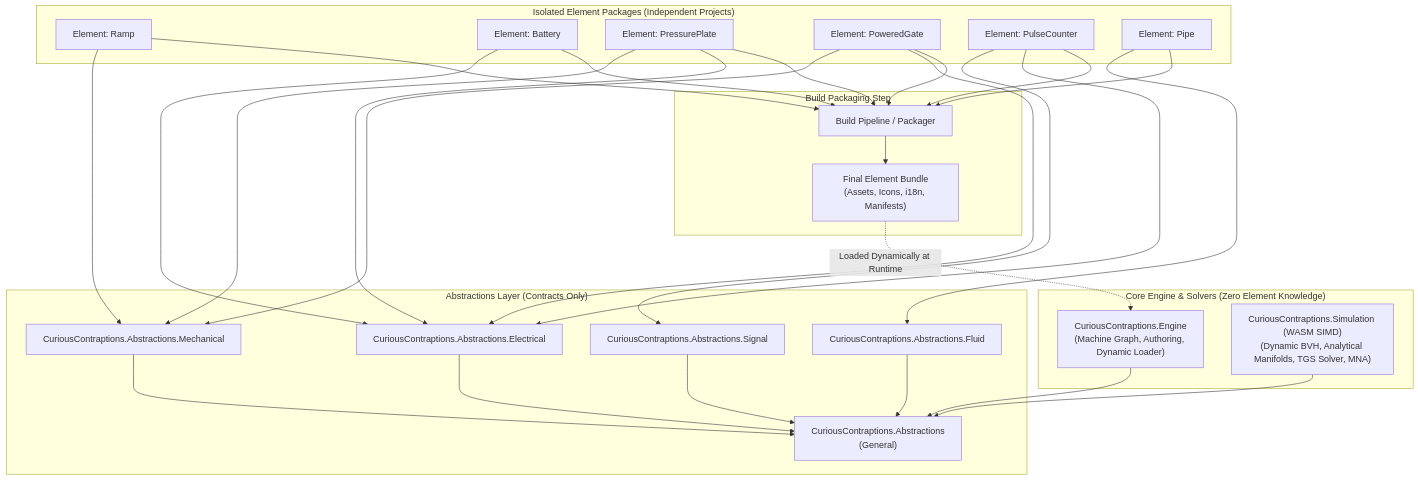
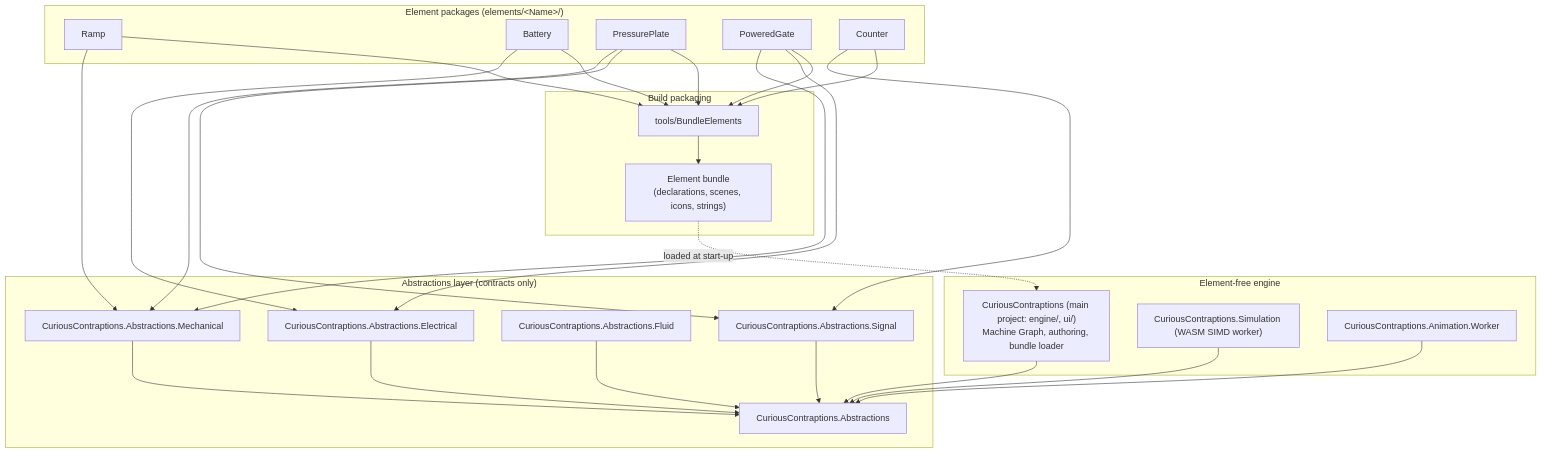
Before and after one commit to aidanmorgan/tim: the diagram in docs/architecture/element-package-isolation.md, drawn with Mermaid. The commit also changed other lines of this file and 11 other files, not shown here.

````diff
--- a/docs/architecture/element-package-isolation.md
+++ b/docs/architecture/element-package-isolation.md
@@ -46,48 +37,45 @@
 ```mermaid
 graph TD
-    subgraph "Abstractions Layer (Contracts Only)"
-        GEN["CuriousContraptions.Abstractions<br/>(General)"]
+    subgraph "Abstractions layer (contracts only)"
+        GEN["CuriousContraptions.Abstractions"]
         MECH["CuriousContraptions.Abstractions.Mechanical"]
         ELEC["CuriousContraptions.Abstractions.Electrical"]
         FLUID["CuriousContraptions.Abstractions.Fluid"]
         SIG["CuriousContraptions.Abstractions.Signal"]
-        
         MECH --> GEN
         ELEC --> GEN
         FLUID --> GEN
         SIG --> GEN
     end
 
-    subgraph "Isolated Element Packages (Independent Projects)"
-        E_RAMP["Element: Ramp"] --> MECH
-        E_BATT["Element: Battery"] --> ELEC
-        E_PLATE["Element: PressurePlate"] --> MECH
-        E_PLATE --> ELEC
-        E_GATE["Element: PoweredGate"] --> MECH
+    subgraph "Element packages (elements/&lt;Name&gt;/)"
+        E_RAMP["Ramp"] --> MECH
+        E_BATT["Battery"] --> ELEC
+        E_PLATE["PressurePlate"] --> MECH
+        E_PLATE --> SIG
+        E_GATE["PoweredGate"] --> MECH
         E_GATE --> ELEC
-        E_COUNT["Element: PulseCounter"] --> SIG
-        E_COUNT --> ELEC
-        E_PIPE["Element: Pipe"] --> FLUID
+        E_COUNT["Counter"] --> SIG
     end
 
-    subgraph "Core Engine & Solvers (Zero Element Knowledge)"
-        ENGINE["CuriousContraptions.Engine<br/>(Machine Graph, Authoring, Dynamic Loader)"]
-        SIM["CuriousContraptions.Simulation (WASM SIMD)<br/>(Dynamic BVH, Analytical Manifolds, TGS Solver, MNA)"]
-        
-        ENGINE --> GEN
+    subgraph "Element-free engine"
+        MAIN["CuriousContraptions (main project: engine/, ui/)<br/>Machine Graph, authoring, bundle loader"]
+        SIM["CuriousContraptions.Simulation (WASM SIMD worker)"]
+        ANIM["CuriousContraptions.Animation.Worker"]
+        MAIN --> GEN
         SIM --> GEN
+        ANIM --> GEN
     end
 
-    subgraph "Build Packaging Step"
-        BUILD["Build Pipeline / Packager"]
+    subgraph "Build packaging"
+        BUILD["tools/BundleElements"]
         E_RAMP --> BUILD
         E_BATT --> BUILD
         E_PLATE --> BUILD
         E_GATE --> BUILD
         E_COUNT --> BUILD
-        E_PIPE --> BUILD
-        BUNDLE["Final Element Bundle<br/>(Assets, Icons, i18n, Manifests)"]
+        BUNDLE["Element bundle<br/>(declarations, scenes, icons, strings)"]
         BUILD --> BUNDLE
-        BUNDLE -.->|Loaded Dynamically at Runtime| ENGINE
+        BUNDLE -.->|"loaded at start-up"| MAIN
     end
 ```
````
